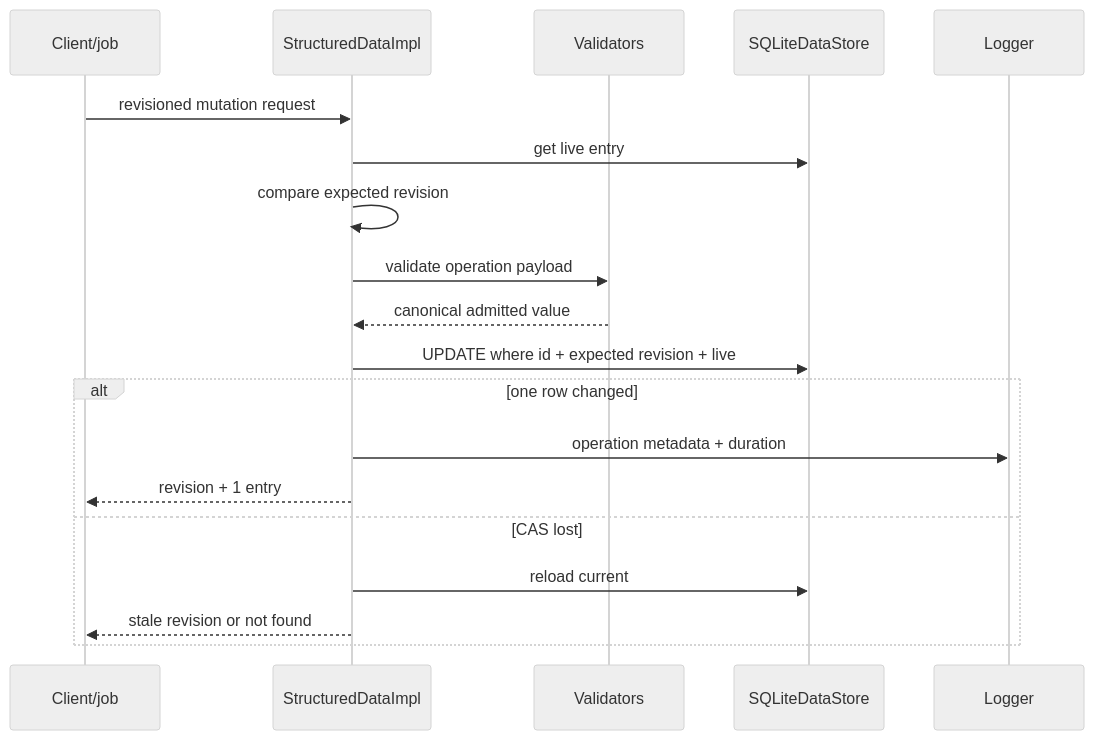
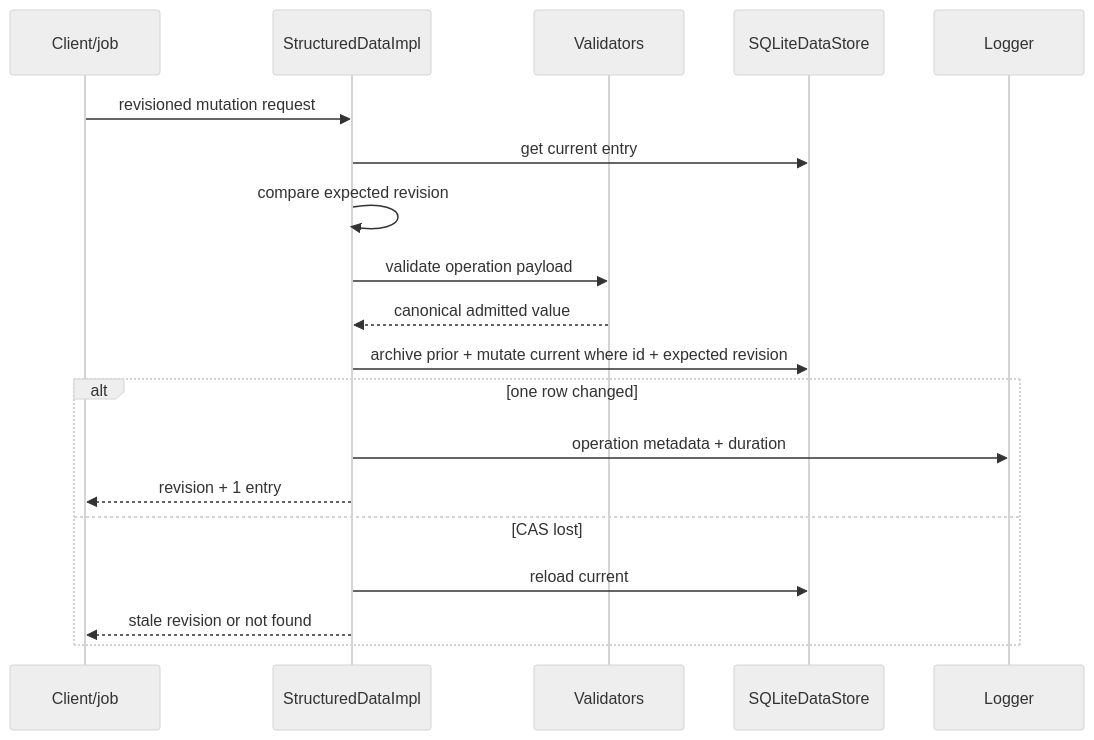
The first of 2 diagrams in apps/backend/src/3-capabilities/structured-data/docs/flows.md (gccurtis/icarus), drawn with Mermaid (neutral theme) before and after one commit. The commit also changed other lines of this file and 88 other files, not shown here.

````diff
--- a/apps/backend/src/3-capabilities/structured-data/docs/flows.md
+++ b/apps/backend/src/3-capabilities/structured-data/docs/flows.md
@@ -33,21 +39,21 @@
 ```mermaid
 sequenceDiagram
   participant C as Client/job
   participant SD as StructuredDataImpl
   participant V as Validators
   participant S as SQLiteDataStore
   participant L as Logger
   C->>SD: revisioned mutation request
-  SD->>S: get live entry
+  SD->>S: get current entry
   SD->>SD: compare expected revision
   SD->>V: validate operation payload
   V-->>SD: canonical admitted value
-  SD->>S: UPDATE where id + expected revision + live
+  SD->>S: archive prior + mutate current where id + expected revision
   alt one row changed
     SD->>L: operation metadata + duration
     SD-->>C: revision + 1 entry
   else CAS lost
     SD->>S: reload current
     SD-->>C: stale revision or not found
   end
 ```
````
